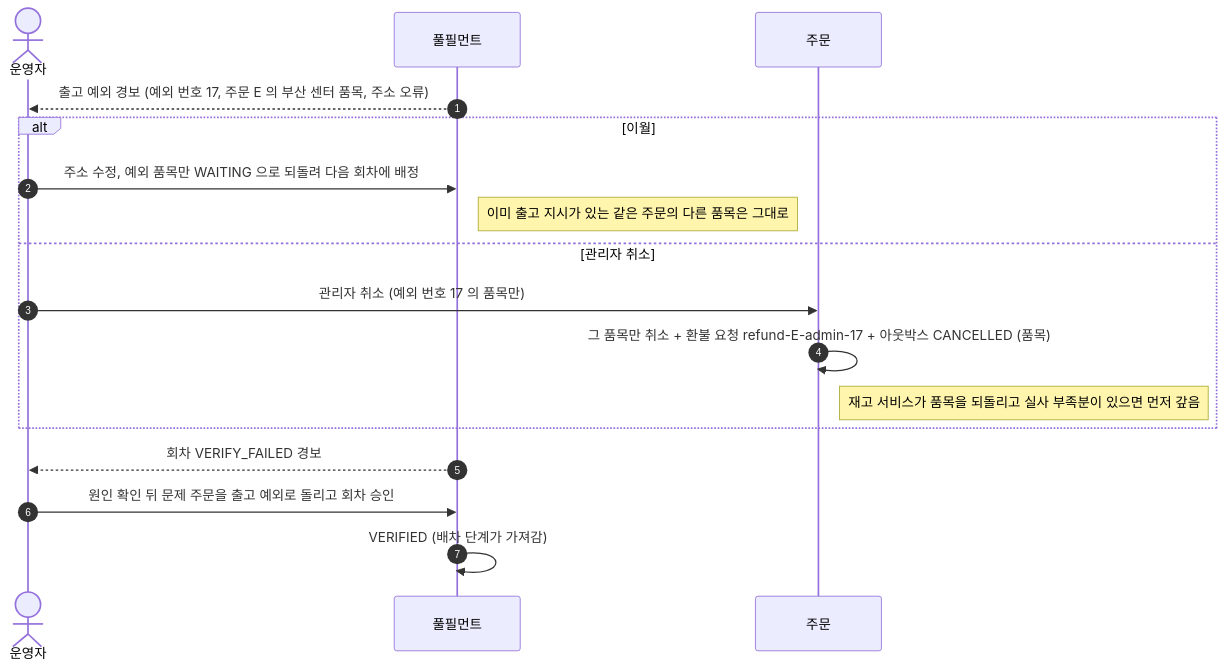
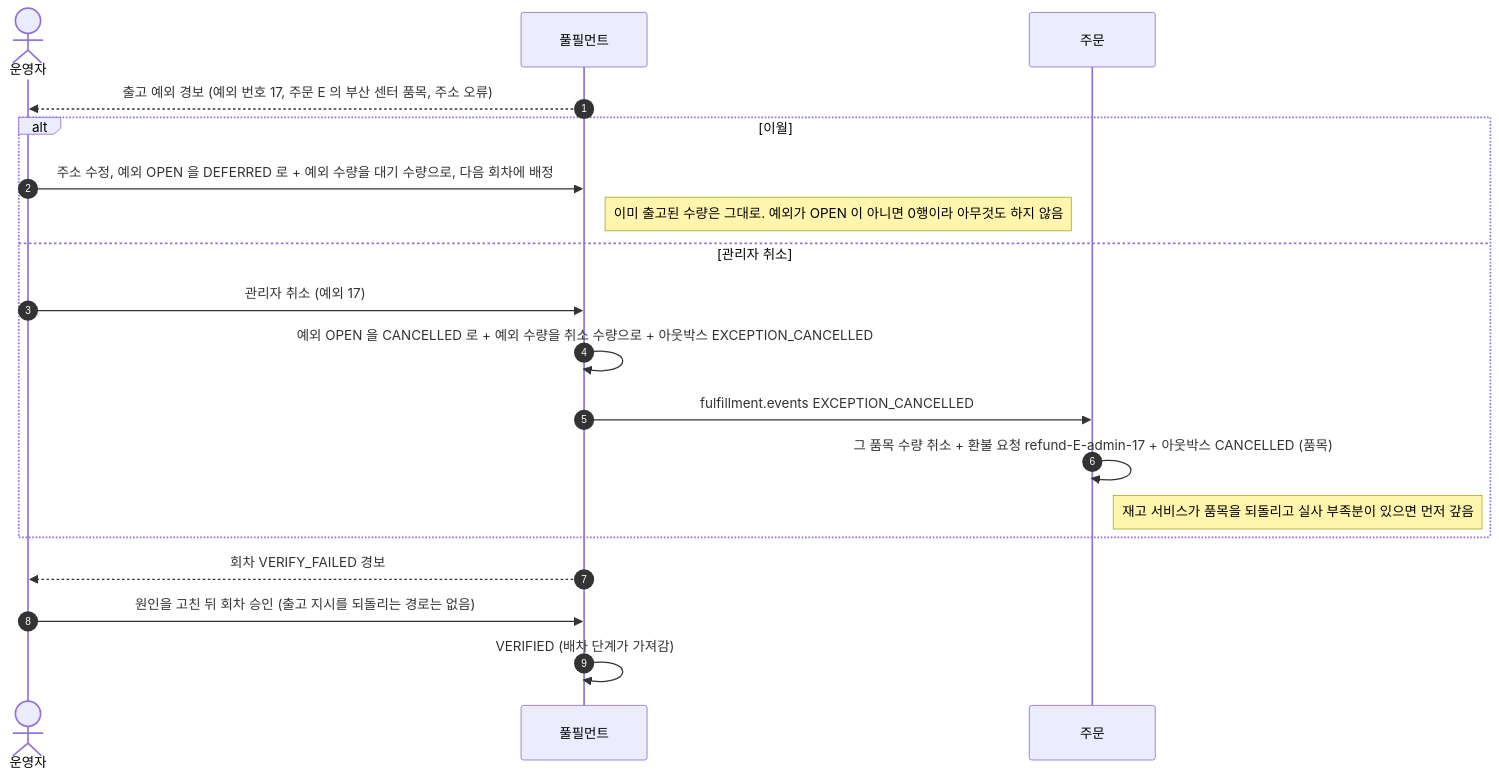
One commit to Bamdule/dawn-delivery-commerce changed the sixth of 6 diagrams in docs/sequence/05-출고-배치.md. Above: the diagram before and after it, drawn with Mermaid. The commit also changed other lines of this file and 12 other files, not shown here.

````diff
--- a/docs/sequence/05-출고-배치.md
+++ b/docs/sequence/05-출고-배치.md
@@ -162,21 +162,23 @@
 ```mermaid
 sequenceDiagram
     autonumber
     actor 운영자
     participant 풀필먼트
     participant 주문
 
     풀필먼트-->>운영자: 출고 예외 경보 (예외 번호 17, 주문 E 의 부산 센터 품목, 주소 오류)
     alt 이월
-        운영자->>풀필먼트: 주소 수정, 예외 품목만 WAITING 으로 되돌려 다음 회차에 배정
-        Note right of 풀필먼트: 이미 출고 지시가 있는 같은 주문의 다른 품목은 그대로
+        운영자->>풀필먼트: 주소 수정, 예외 OPEN 을 DEFERRED 로 + 예외 수량을 대기 수량으로, 다음 회차에 배정
+        Note right of 풀필먼트: 이미 출고된 수량은 그대로. 예외가 OPEN 이 아니면 0행이라 아무것도 하지 않음
     else 관리자 취소
-        운영자->>주문: 관리자 취소 (예외 번호 17 의 품목만)
-        주문->>주문: 그 품목만 취소 + 환불 요청 refund-E-admin-17 + 아웃박스 CANCELLED (품목)
+        운영자->>풀필먼트: 관리자 취소 (예외 17)
+        풀필먼트->>풀필먼트: 예외 OPEN 을 CANCELLED 로 + 예외 수량을 취소 수량으로 + 아웃박스 EXCEPTION_CANCELLED
+        풀필먼트->>주문: fulfillment.events EXCEPTION_CANCELLED
+        주문->>주문: 그 품목 수량 취소 + 환불 요청 refund-E-admin-17 + 아웃박스 CANCELLED (품목)
         Note right of 주문: 재고 서비스가 품목을 되돌리고 실사 부족분이 있으면 먼저 갚음
     end
 
     풀필먼트-->>운영자: 회차 VERIFY_FAILED 경보
-    운영자->>풀필먼트: 원인 확인 뒤 문제 주문을 출고 예외로 돌리고 회차 승인
+    운영자->>풀필먼트: 원인을 고친 뒤 회차 승인 (출고 지시를 되돌리는 경로는 없음)
     풀필먼트->>풀필먼트: VERIFIED (배차 단계가 가져감)
 ```
````
